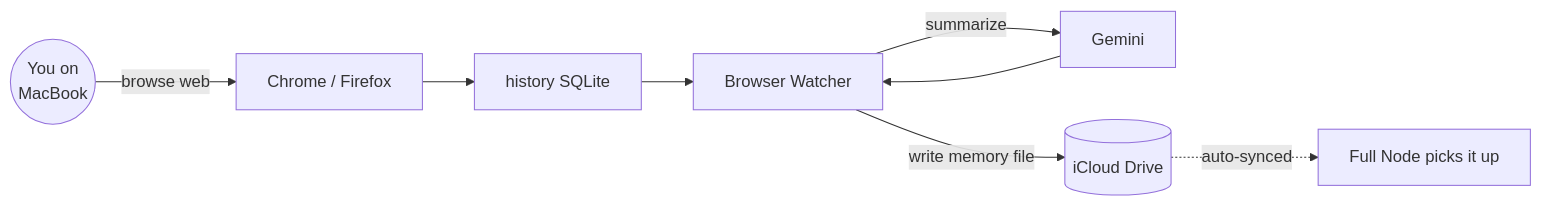
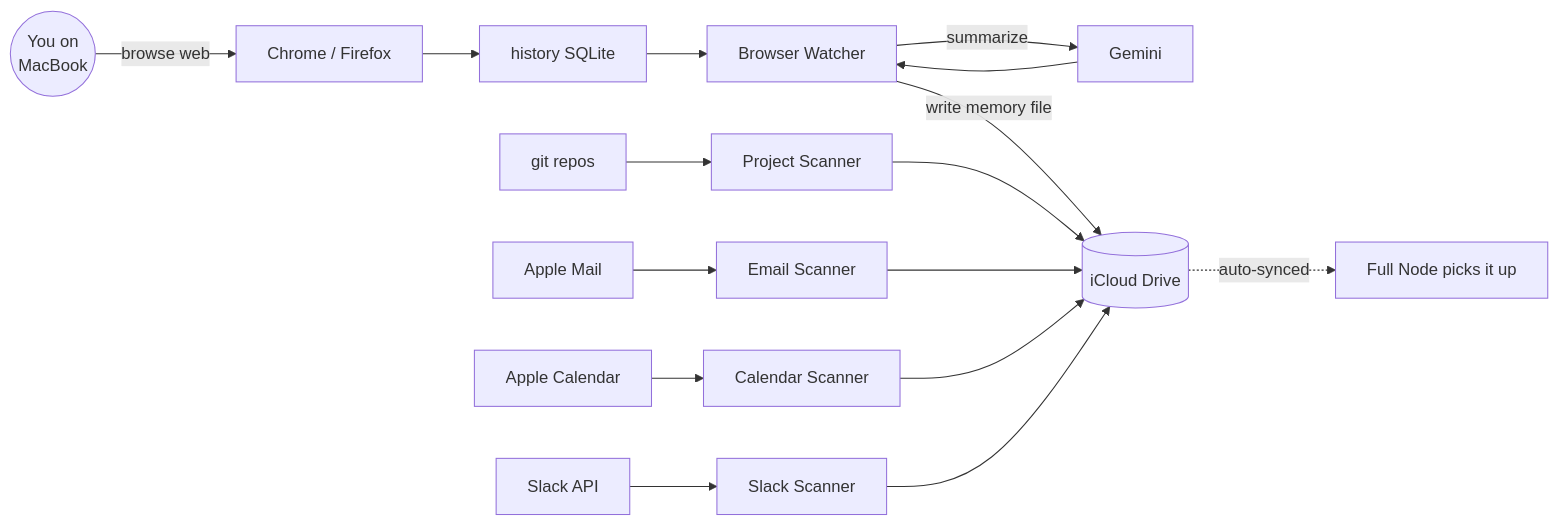
Before and after one commit to chrisbrobertson/felix: the third of 9 diagrams in README.md, drawn with Mermaid. The commit also changed other lines of this file and 1 other file, not shown here.

Commit message:
Docs: update watcher role description for 5-scanner expansion

````diff
--- a/README.md
+++ b/README.md
@@ -126,10 +126,18 @@
 ```mermaid
 flowchart LR
     YOU((You on\nMacBook)) -->|browse web| CHROME[Chrome / Firefox]
     CHROME --> HIST[history SQLite]
     HIST --> BW[Browser Watcher]
     BW -->|summarize| GEM[Gemini]
     GEM --> BW
     BW -->|write memory file| CLOUD[(iCloud Drive)]
+    GIT[git repos] --> PS[Project Scanner]
+    MAIL[Apple Mail] --> ES[Email Scanner]
+    CAL[Apple Calendar] --> CS[Calendar Scanner]
+    SLACK[Slack API] --> SS[Slack Scanner]
+    PS --> CLOUD
+    ES --> CLOUD
+    CS --> CLOUD
+    SS --> CLOUD
     CLOUD -.->|auto-synced| FULL[Full Node picks it up]
 ```
````
